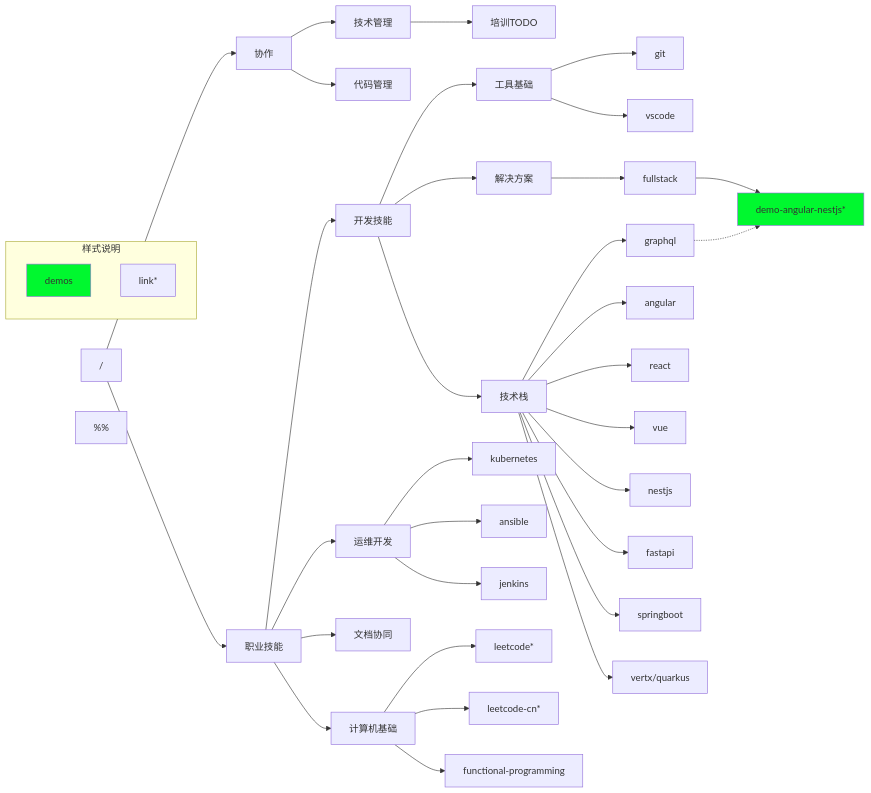
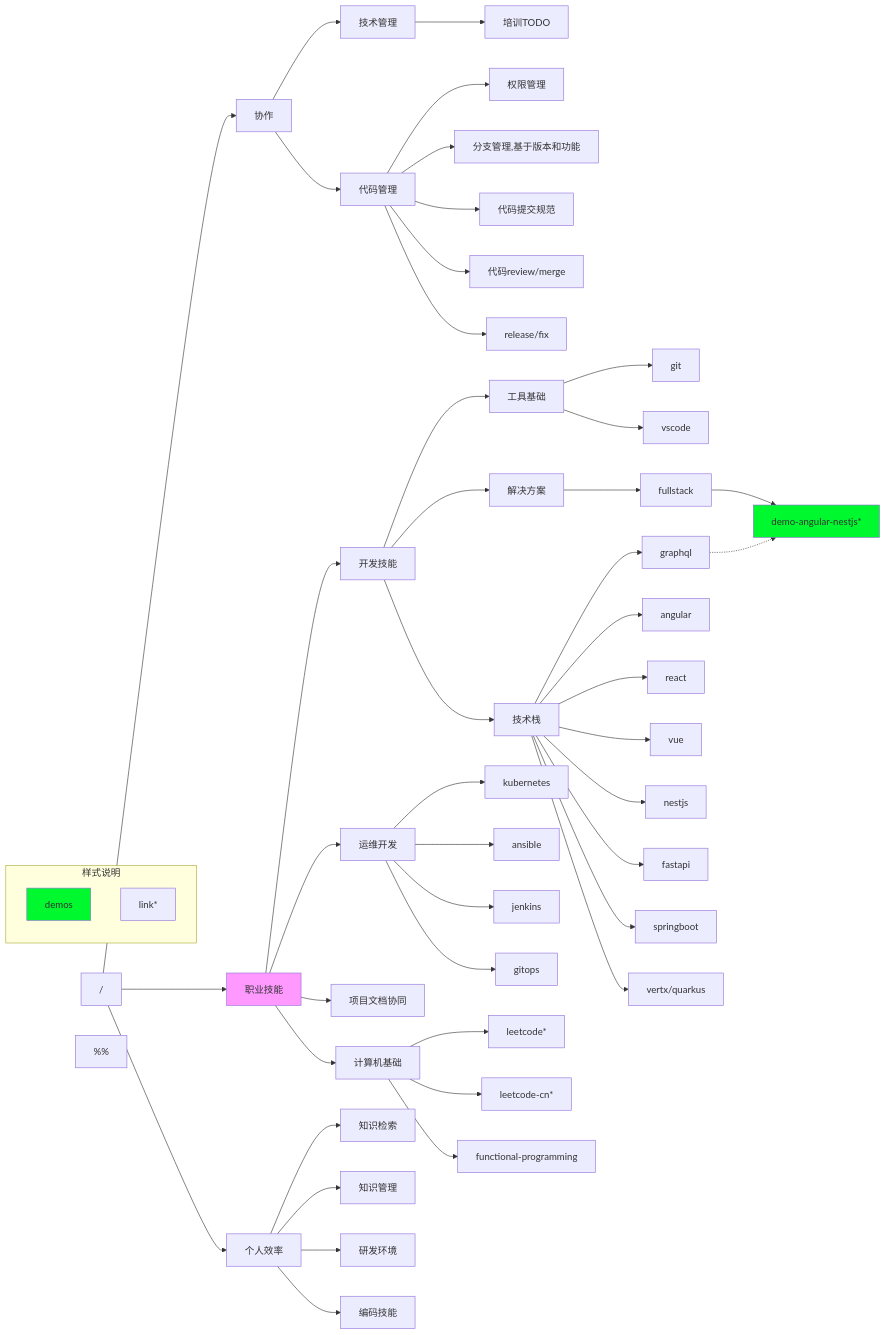
Before and after one commit to lovepocky-home/skills: the diagram in README.md, drawn with Mermaid.

````diff
--- a/README.md
+++ b/README.md
@@ -19,22 +19,30 @@
  
   root["/"]
   skills[职业技能]
+  style skills fill:#f9f
   dev[开发技能]
   coo[协作]
   tools[工具基础]
   solution[解决方案]
   techstack[技术栈]
   devops[运维开发]
-  docs[文档协同]
+  docs[项目文档协同]
   computerbasic[计算机基础]
+  personal_effiency[个人效率]
 
   root --> coo
   root --> skills
+  root --> personal_effiency
 
   skills --> dev
   skills --> devops
   skills --> docs
   skills --> computerbasic
+
+  personal_effiency --> 知识检索
+  personal_effiency --> 知识管理
+  personal_effiency --> 研发环境
+  personal_effiency --> 编码技能
 
   dev --> tools
   dev --> solution
@@ -58,6 +66,12 @@
 
   techmana --> 培训TODO
 
+  srcmana --> 权限管理
+  srcmana --> 分支管理,基于版本和功能
+  srcmana --> 代码提交规范
+  srcmana --> 代码review/merge
+  srcmana --> release/fix
+
   %% 工具基础
   tools --> git
   tools --> vscode
@@ -78,5 +92,6 @@
   devops --> kubernetes
   devops --> ansible
   devops --> jenkins
+  devops --> gitops
 
 ```
````
